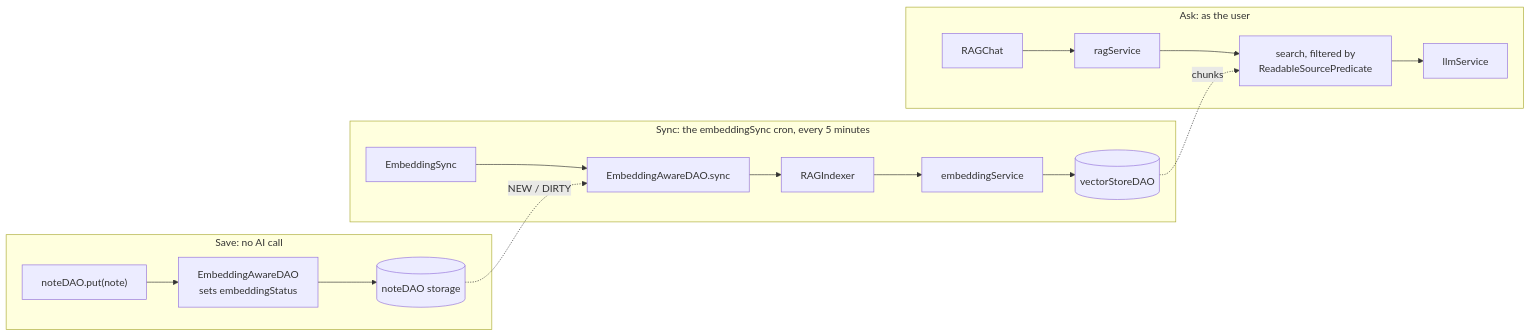
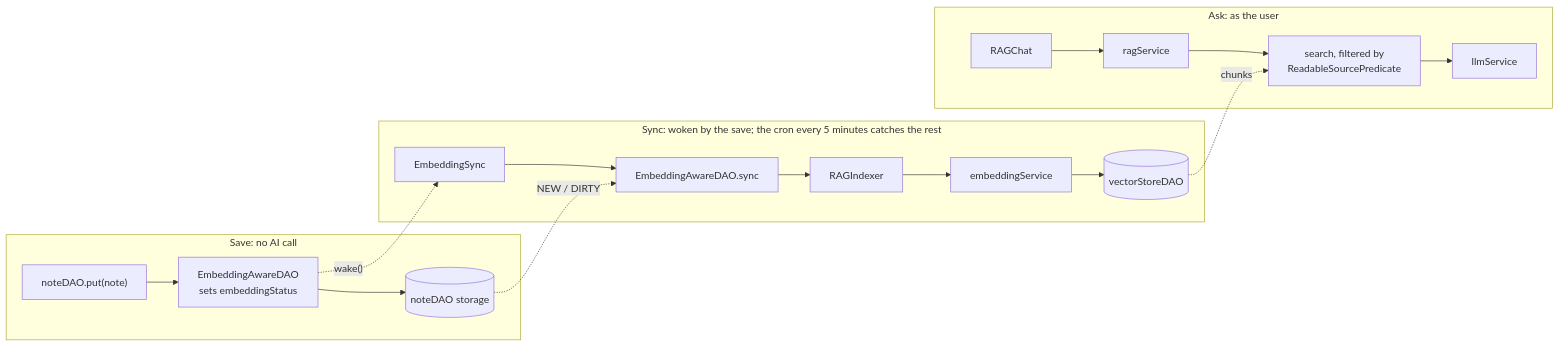
One commit to foam-foundation/foam3 changed the second of 7 diagrams in doc/guides/Embeddings.md. Above: the diagram before and after it, drawn with Mermaid. The commit also changed other lines of this file and 2 other files, not shown here.

Commit message:
PT-FIXES:DOS-5896 docs(ai): describe embed on save, batched sync and the extension points

````diff
--- a/doc/guides/Embeddings.md
+++ b/doc/guides/Embeddings.md
@@ -123,14 +131,15 @@
 ```mermaid
 flowchart LR
   subgraph SAVE["Save: no AI call"]
     P["noteDAO.put(note)"] --> D["EmbeddingAwareDAO<br/>sets embeddingStatus"] --> S[("noteDAO storage")]
   end
-  subgraph SYNC["Sync: the embeddingSync cron, every 5 minutes"]
+  subgraph SYNC["Sync: woken by the save; the cron every 5 minutes catches the rest"]
     C["EmbeddingSync"] --> A["EmbeddingAwareDAO.sync"] --> I["RAGIndexer"] --> E["embeddingService"] --> V[("vectorStoreDAO")]
   end
   subgraph ASK["Ask: as the user"]
     Q["RAGChat"] --> R["ragService"] --> F["search, filtered by<br/>ReadableSourcePredicate"] --> L["llmService"]
   end
+  D -.->|"wake()"| C
   S -.->|"NEW / DIRTY"| A
   V -.->|"chunks"| F
 ```
````
